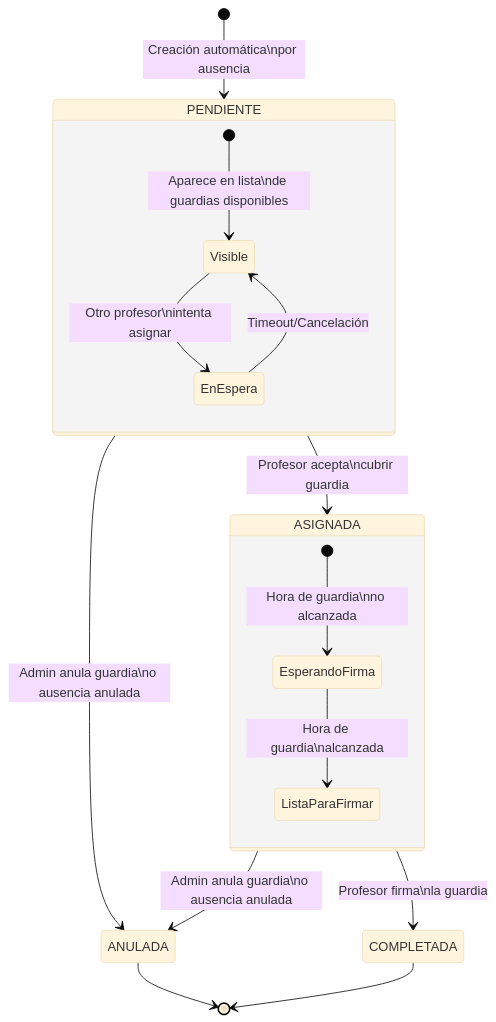
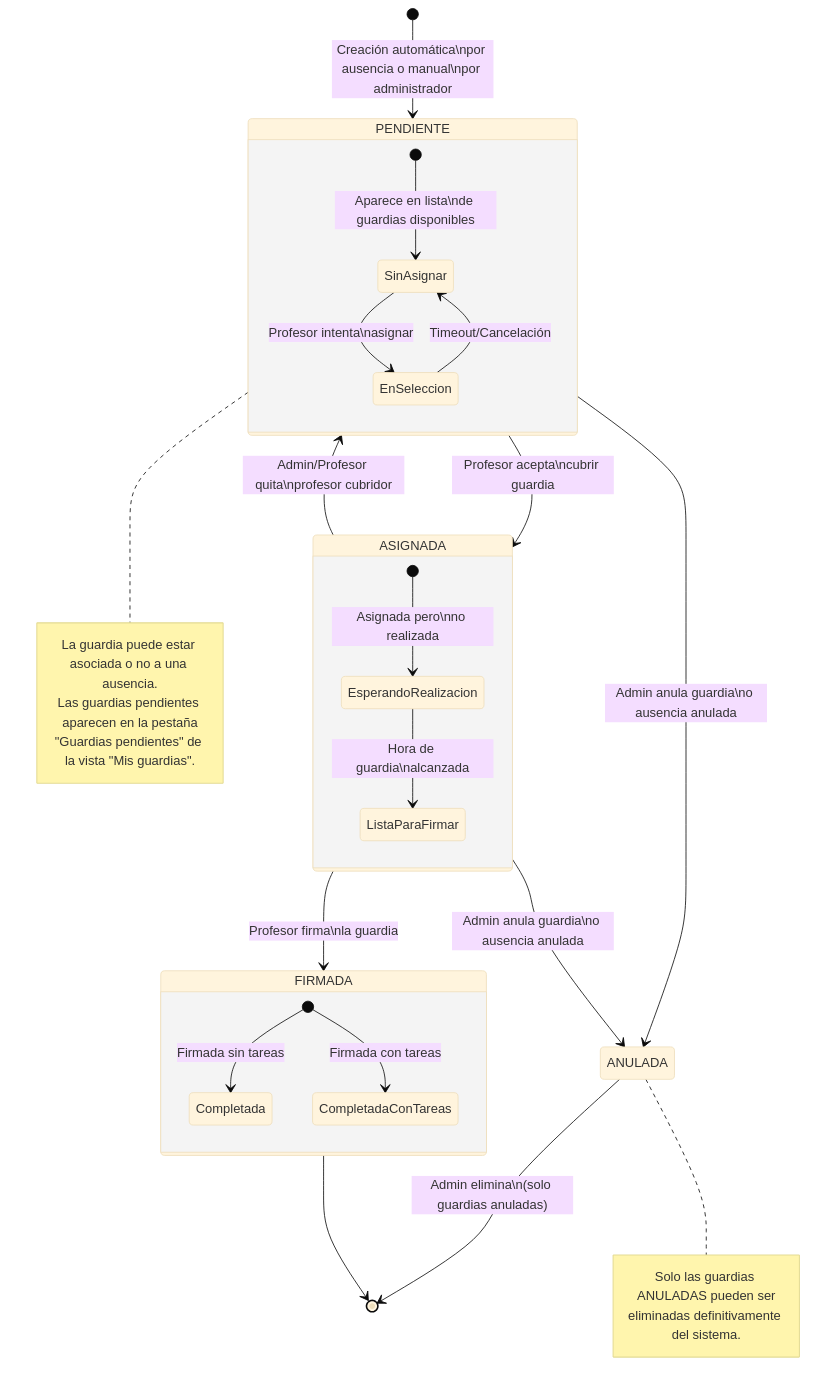
One commit to RGiskard7/gestion-guardias changed the first of 4 diagrams in doc/DIAGRAMAS-ESTADOS.md. Above: the diagram before and after it, drawn with Mermaid (base theme). The commit also changed other lines of this file and 5 other files, not shown here.

First line of the commit message:
docs: actualizar documentación técnica y diagramas

````diff
--- a/doc/DIAGRAMAS-ESTADOS.md
+++ b/doc/DIAGRAMAS-ESTADOS.md
@@ -12,21 +12,38 @@
 ```mermaid
 stateDiagram-v2
-    [*] --> PENDIENTE: Creación automática\npor ausencia
+    [*] --> PENDIENTE: Creación automática\npor ausencia o manual\npor administrador
     PENDIENTE --> ASIGNADA: Profesor acepta\ncubrir guardia
-    ASIGNADA --> COMPLETADA: Profesor firma\nla guardia
+    ASIGNADA --> FIRMADA: Profesor firma\nla guardia
     PENDIENTE --> ANULADA: Admin anula guardia\no ausencia anulada
     ASIGNADA --> ANULADA: Admin anula guardia\no ausencia anulada
-    ANULADA --> [*]
-    COMPLETADA --> [*]
+    ASIGNADA --> PENDIENTE: Admin/Profesor quita\nprofesor cubridor
+    ANULADA --> [*]: Admin elimina\n(solo guardias anuladas)
+    FIRMADA --> [*]
 
     state PENDIENTE {
-        [*] --> Visible: Aparece en lista\nde guardias disponibles
-        Visible --> EnEspera: Otro profesor\nintenta asignar
-        EnEspera --> Visible: Timeout/Cancelación
+        [*] --> SinAsignar: Aparece en lista\nde guardias disponibles
+        SinAsignar --> EnSeleccion: Profesor intenta\nasignar
+        EnSeleccion --> SinAsignar: Timeout/Cancelación
     }
 
     state ASIGNADA {
-        [*] --> EsperandoFirma: Hora de guardia\nno alcanzada
-        EsperandoFirma --> ListaParaFirmar: Hora de guardia\nalcanzada
+        [*] --> EsperandoRealizacion: Asignada pero\nno realizada
+        EsperandoRealizacion --> ListaParaFirmar: Hora de guardia\nalcanzada
     }
+    
+    state FIRMADA {
+        [*] --> Completada: Firmada sin tareas
+        [*] --> CompletadaConTareas: Firmada con tareas
+    }
+
+    note right of PENDIENTE
+      La guardia puede estar asociada o no a una ausencia.
+      Las guardias pendientes aparecen en la pestaña
+      "Guardias pendientes" de la vista "Mis guardias".
+    end note
+    
+    note right of ANULADA
+      Solo las guardias ANULADAS pueden ser
+      eliminadas definitivamente del sistema.
+    end note
 ```
````
